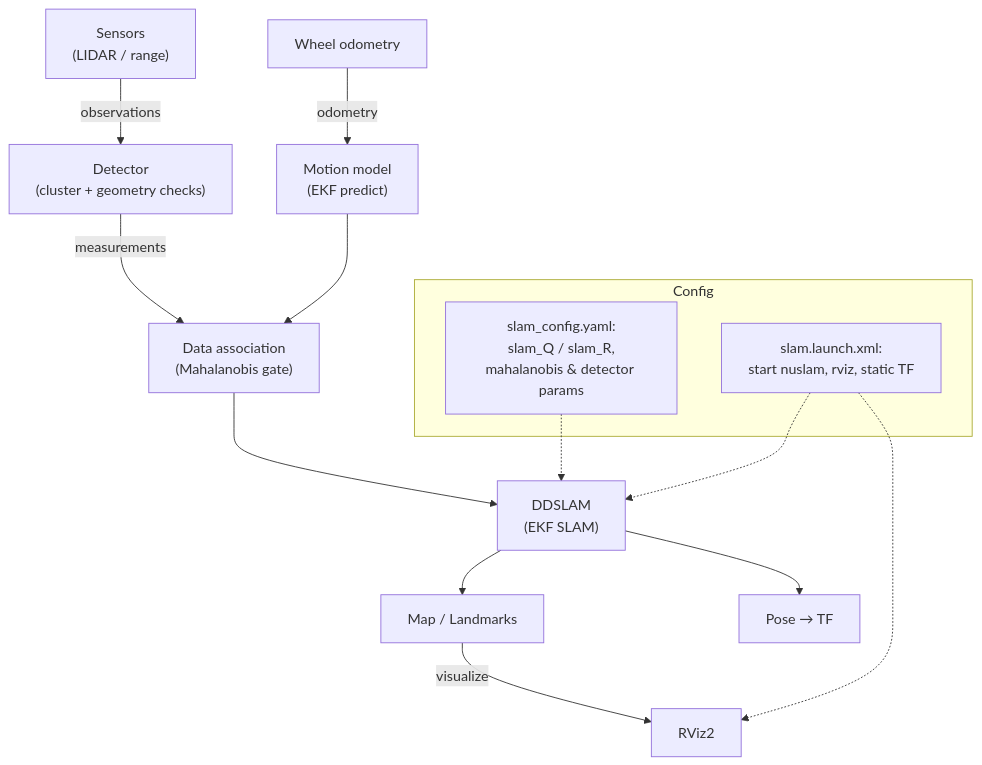
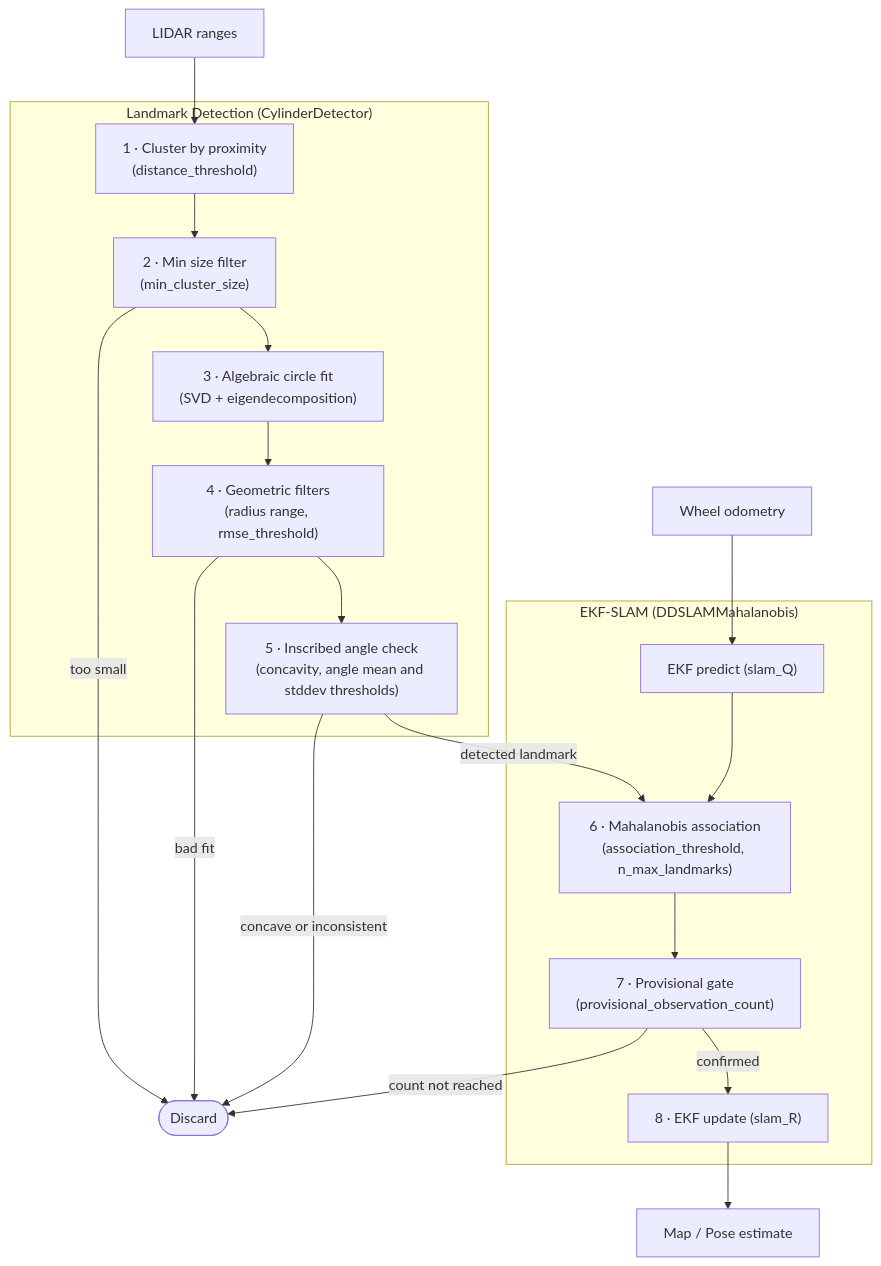
Before and after one commit to ME495-Navigation/slam-cwoodhayes: the diagram in nuslam/README.md, drawn with Mermaid. The commit also changed other lines of this file, not shown here.

Commit message:
much better diagram & description

````diff
--- a/nuslam/README.md
+++ b/nuslam/README.md
@@ -52,29 +48,39 @@
 ```mermaid
 flowchart TD
-  Sensors["Sensors<br/>(LIDAR / range)"]
-  Odom[Wheel odometry]
-  Detector["Detector<br/>(cluster + geometry checks)"]
-  Motion["Motion model<br/>(EKF predict)"]
-  Assoc["Data association<br/>(Mahalanobis gate)"]
-  SLAMNode["DDSLAM<br/>(EKF SLAM)"]
-  Map[Map / Landmarks]
-  TF["Pose → TF"]
-  RViz[RViz2]
+  LIDAR["LIDAR ranges"]
+  Odom["Wheel odometry"]
+  Discard([Discard])
+  Map["Map / Pose estimate"]
 
-  Sensors -->|observations| Detector
-  Odom -->|odometry| Motion
-  Detector -->|measurements| Assoc
-  Motion --> Assoc
-  Assoc --> SLAMNode
-  SLAMNode --> Map
-  SLAMNode --> TF
-  Map -->|visualize| RViz
+  subgraph Detection["Landmark Detection (CylinderDetector)"]
+    Cluster["1 · Cluster by proximity<br/>(distance_threshold)"]
+    SizeFilter["2 · Min size filter<br/>(min_cluster_size)"]
+    CircleFit["3 · Algebraic circle fit<br/>(SVD + eigendecomposition)"]
+    GeoFilter["4 · Geometric filters<br/>(radius range, rmse_threshold)"]
+    AngleCheck["5 · Inscribed angle check<br/>(concavity, angle mean and stddev thresholds)"]
+  end
 
-  subgraph Config
-    C1["slam_config.yaml:<br/>slam_Q / slam_R,<br/>mahalanobis & detector params"]
-    C2["slam.launch.xml:<br/>start nuslam, rviz, static TF"]
+  subgraph EKF["EKF-SLAM (DDSLAMMahalanobis)"]
+    EKFPredict["EKF predict (slam_Q)"]
+    Mahal["6 · Mahalanobis association<br/>(association_threshold, n_max_landmarks)"]
+    Provisional["7 · Provisional gate<br/>(provisional_observation_count)"]
+    EKFUpdate["8 · EKF update (slam_R)"]
   end
-  C1 -.-> SLAMNode
-  C2 -.-> SLAMNode
-  C2 -.-> RViz
+
+  LIDAR --> Cluster
+  Cluster --> SizeFilter
+  SizeFilter -->|too small| Discard
+  SizeFilter --> CircleFit
+  CircleFit --> GeoFilter
+  GeoFilter -->|bad fit| Discard
+  GeoFilter --> AngleCheck
+  AngleCheck -->|concave or inconsistent| Discard
+  AngleCheck -->|detected landmark| Mahal
+
+  Odom --> EKFPredict
+  EKFPredict --> Mahal
+  Mahal --> Provisional
+  Provisional -->|count not reached| Discard
+  Provisional -->|confirmed| EKFUpdate
+  EKFUpdate --> Map
 ```
````
